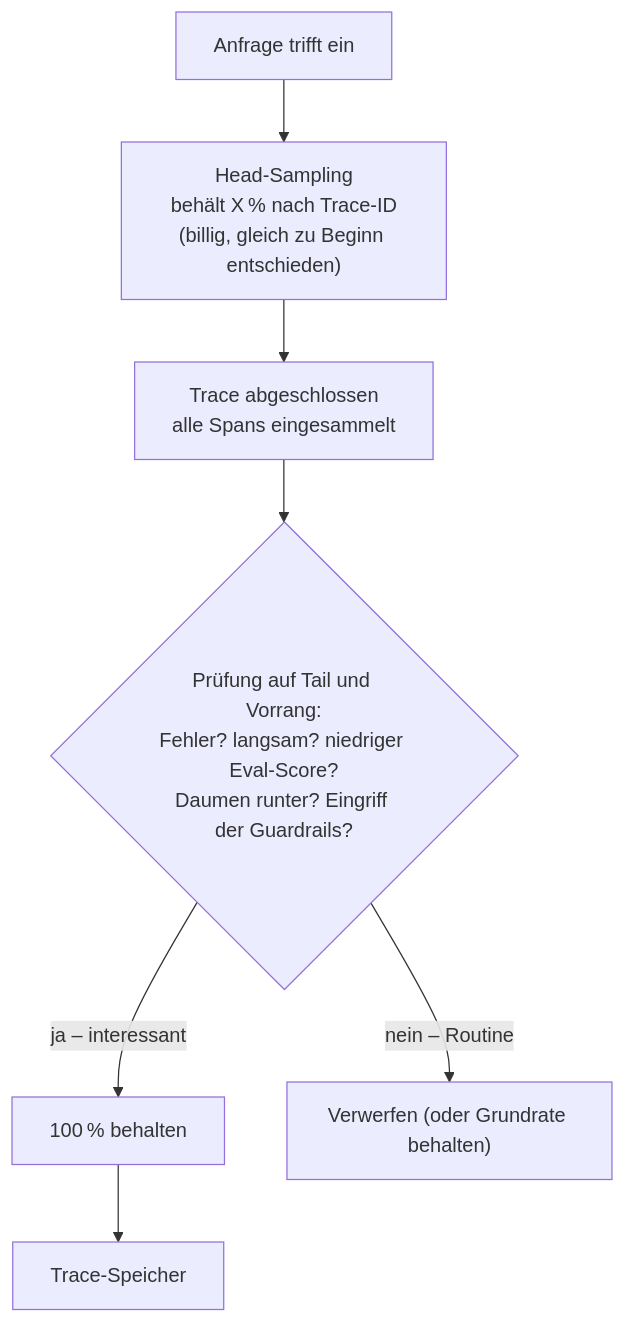
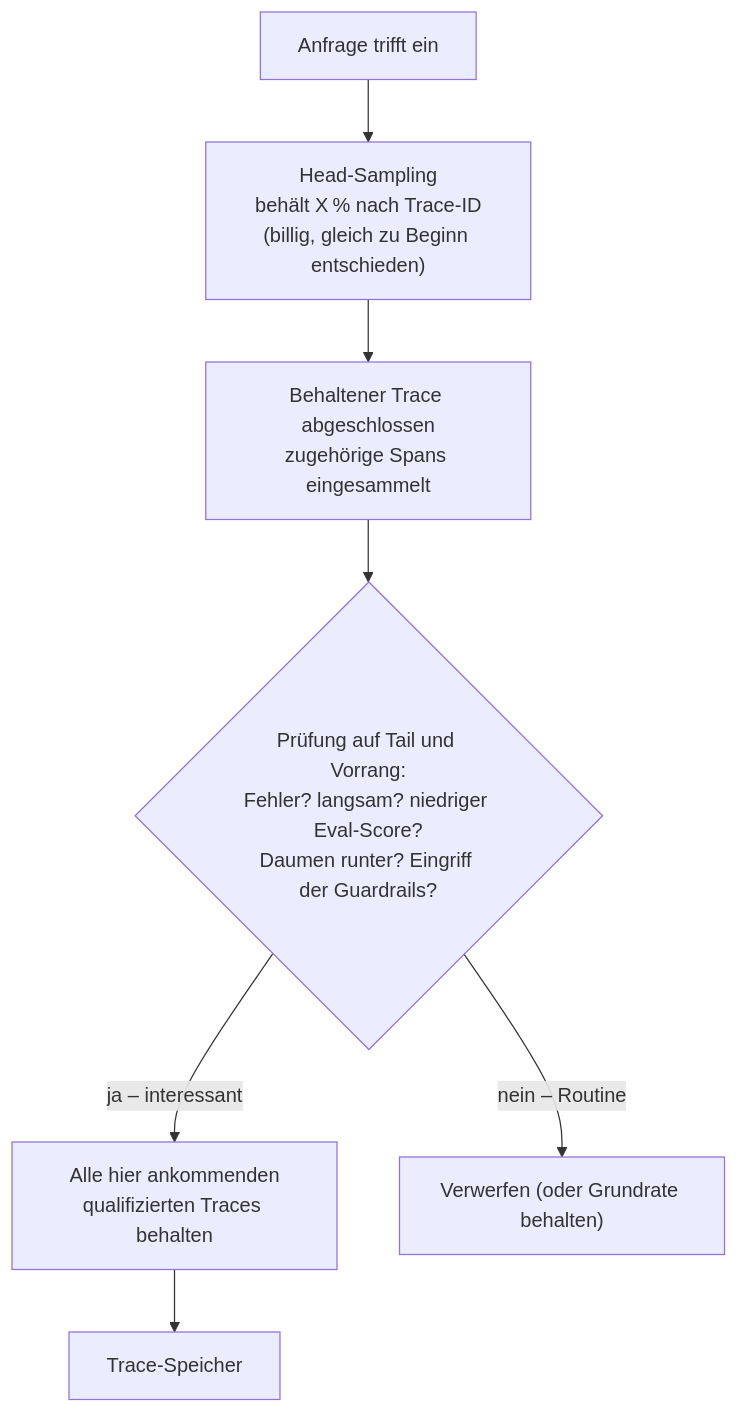
One commit to NikolaiSachok/ai-engineering-handbook changed the first of 2 diagrams in i18n/de/docusaurus-plugin-content-docs/current/part-1-rag/cross-cutting/observability/deep-dive.md. Above: the diagram before and after it, drawn with Mermaid. The commit also changed other lines of this file and 94 other files, not shown here.

````diff
--- a/i18n/de/docusaurus-plugin-content-docs/current/part-1-rag/cross-cutting/observability/deep-dive.md
+++ b/i18n/de/docusaurus-plugin-content-docs/current/part-1-rag/cross-cutting/observability/deep-dive.md
@@ -25,9 +25,9 @@
 ```mermaid
 flowchart TB
     Q["Anfrage trifft ein"] --> H["Head-Sampling<br/>behält X % nach Trace-ID<br/>(billig, gleich zu Beginn entschieden)"]
-    H --> C["Trace abgeschlossen<br/>alle Spans eingesammelt"]
+    H --> C["Behaltener Trace abgeschlossen<br/>zugehörige Spans eingesammelt"]
     C --> T{"Prüfung auf Tail und Vorrang:<br/>Fehler? langsam? niedriger Eval-Score?<br/>Daumen runter? Eingriff der Guardrails?"}
-    T -->|"ja – interessant"| K["100 % behalten"]
+    T -->|"ja – interessant"| K["Alle hier ankommenden<br/>qualifizierten Traces behalten"]
     T -->|"nein – Routine"| D["Verwerfen (oder Grundrate behalten)"]
     K --> S["Trace-Speicher"]
 ```
````
